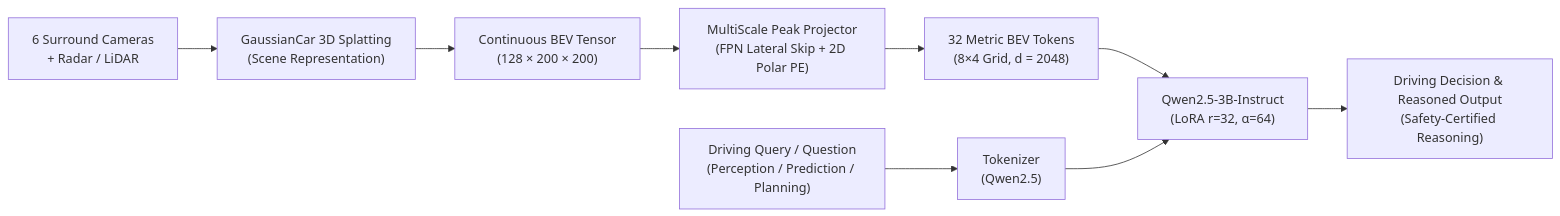
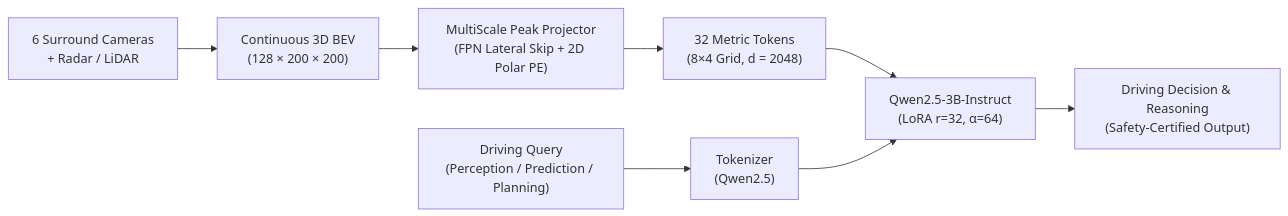
Before and after one commit to NazarioPizzicoli/BEV-VQA: the diagram in README.md, drawn with Mermaid. The commit also changed other lines of this file and 4 other files, not shown here.

````diff
--- a/README.md
+++ b/README.md
@@ -89,11 +16,10 @@
 ```mermaid
 flowchart LR
-    A["6 Surround Cameras\n+ Radar / LiDAR"] --> B["GaussianCar 3D Splatting\n(Scene Representation)"]
-    B --> C["Continuous BEV Tensor\n(128 × 200 × 200)"]
-    C --> D["MultiScale Peak Projector\n(FPN Lateral Skip + 2D Polar PE)"]
-    D --> E["32 Metric BEV Tokens\n(8×4 Grid, d = 2048)"]
-    F["Driving Query / Question\n(Perception / Prediction / Planning)"] --> G["Tokenizer\n(Qwen2.5)"]
-    E --> H["Qwen2.5-3B-Instruct\n(LoRA r=32, α=64)"]
-    G --> H
-    H --> I["Driving Decision & Reasoned Output\n(Safety-Certified Reasoning)"]
+    A["6 Surround Cameras\n+ Radar / LiDAR"] --> B["Continuous 3D BEV\n(128 × 200 × 200)"]
+    B --> C["MultiScale Peak Projector\n(FPN Lateral Skip + 2D Polar PE)"]
+    C --> D["32 Metric Tokens\n(8×4 Grid, d = 2048)"]
+    E["Driving Query\n(Perception / Prediction / Planning)"] --> F["Tokenizer\n(Qwen2.5)"]
+    D --> G["Qwen2.5-3B-Instruct\n(LoRA r=32, α=64)"]
+    F --> G
+    G --> H["Driving Decision & Reasoning\n(Safety-Certified Output)"]
 ```
````
